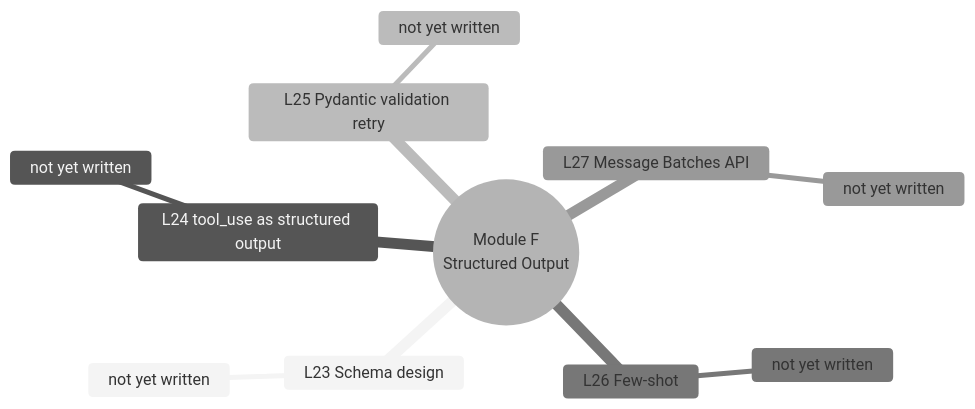
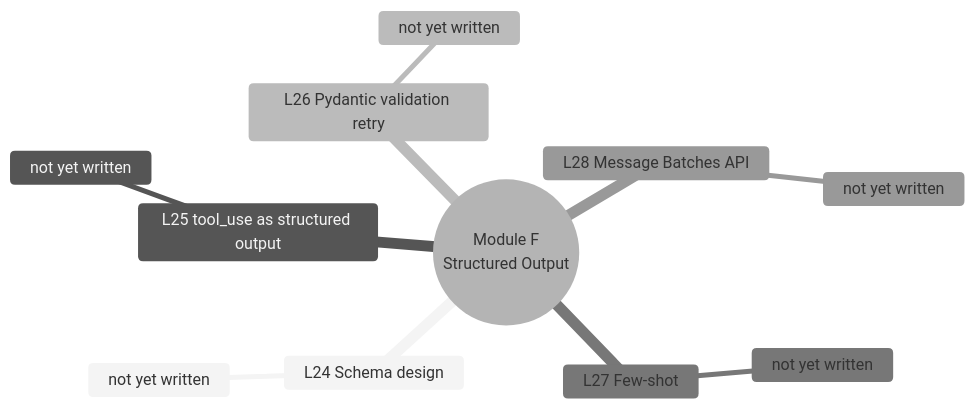
Before and after one commit to richierob62/claude-code-architect: the seventh of 10 diagrams in mindmap.md, drawn with Mermaid (neutral theme). The commit also changed other lines of this file and 3 other files, not shown here.

````diff
--- a/mindmap.md
+++ b/mindmap.md
@@ -185,14 +204,14 @@
 ```mermaid
 mindmap
   root((Module F<br/>Structured Output))
-    L23 Schema design
+    L24 Schema design
       not yet written
-    L24 tool_use as structured output
+    L25 tool_use as structured output
       not yet written
-    L25 Pydantic validation retry
+    L26 Pydantic validation retry
       not yet written
-    L26 Few-shot
+    L27 Few-shot
       not yet written
-    L27 Message Batches API
+    L28 Message Batches API
       not yet written
 ```
````
